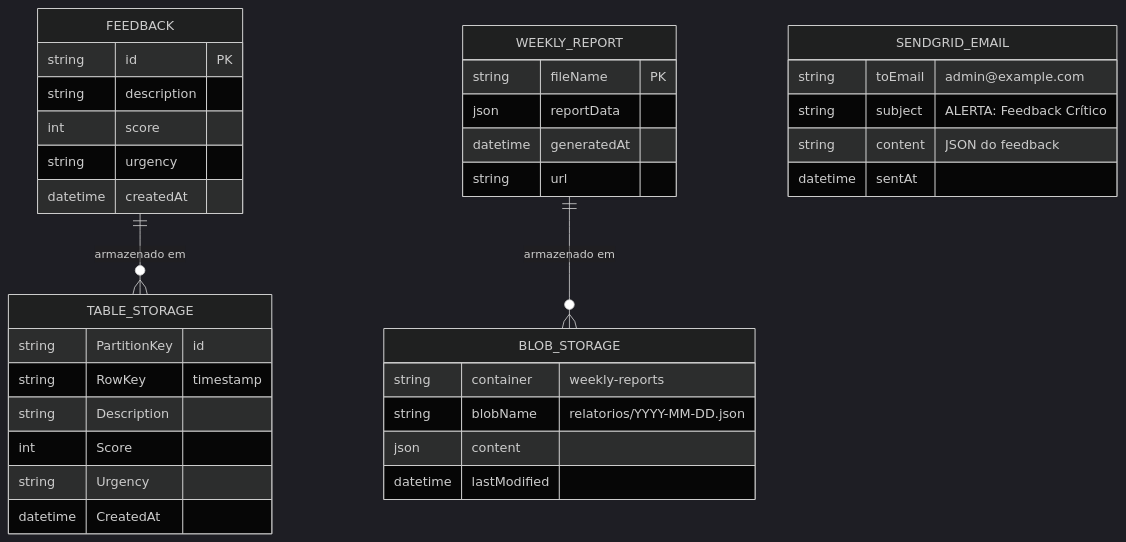
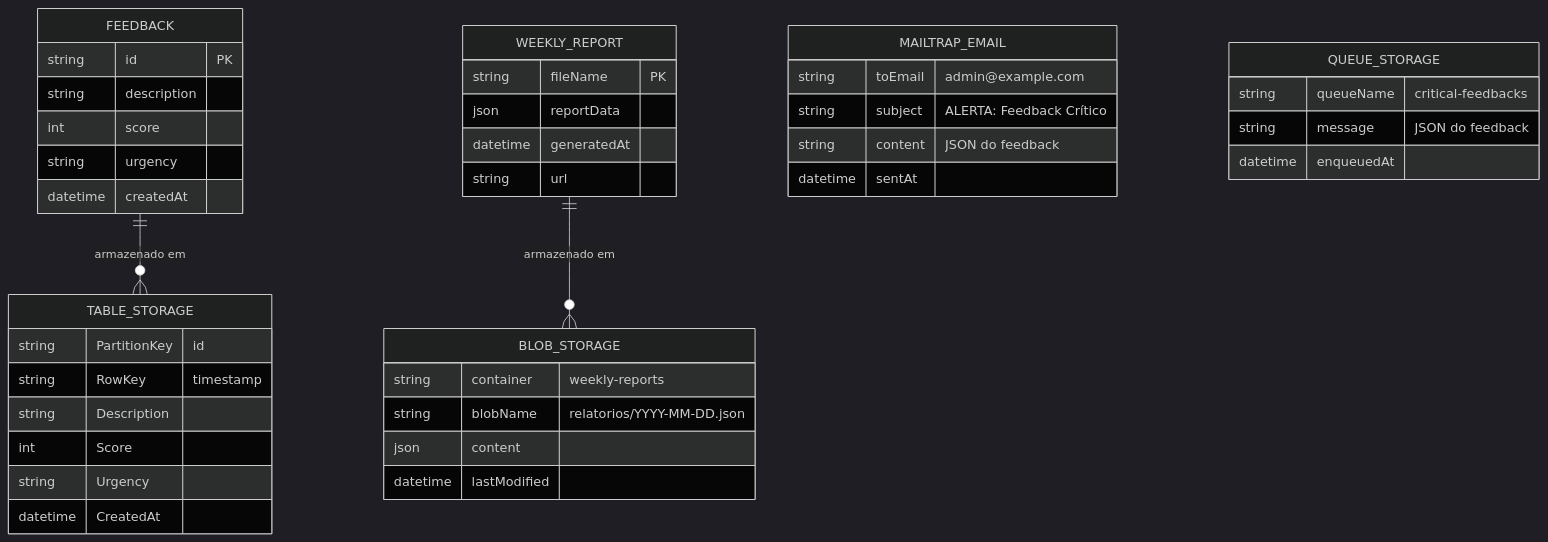
The eighth of 9 diagrams in README.md (luizffdemoraes/feedback-sync), drawn with Mermaid (dark theme) before and after one commit. The commit also changed other lines of this file and 3 other files, not shown here.

````diff
--- a/README.md
+++ b/README.md
@@ -598,43 +615,49 @@
 ```mermaid
 erDiagram
     FEEDBACK ||--o{ TABLE_STORAGE : "armazenado em"
     WEEKLY_REPORT ||--o{ BLOB_STORAGE : "armazenado em"
     
     FEEDBACK {
         string id PK
         string description
         int score
         string urgency
         datetime createdAt
     }
     
     TABLE_STORAGE {
         string PartitionKey "id"
         string RowKey "timestamp"
         string Description
         int Score
         string Urgency
         datetime CreatedAt
     }
     
     WEEKLY_REPORT {
         string fileName PK
         json reportData
         datetime generatedAt
         string url
     }
     
     BLOB_STORAGE {
         string container "weekly-reports"
         string blobName "relatorios/YYYY-MM-DD.json"
         json content
         datetime lastModified
     }
     
-    SENDGRID_EMAIL {
+    MAILTRAP_EMAIL {
         string toEmail "admin@example.com"
         string subject "ALERTA: Feedback Crítico"
         string content "JSON do feedback"
         datetime sentAt
     }
+    
+    QUEUE_STORAGE {
+        string queueName "critical-feedbacks"
+        string message "JSON do feedback"
+        datetime enqueuedAt
+    }
 ```
````
